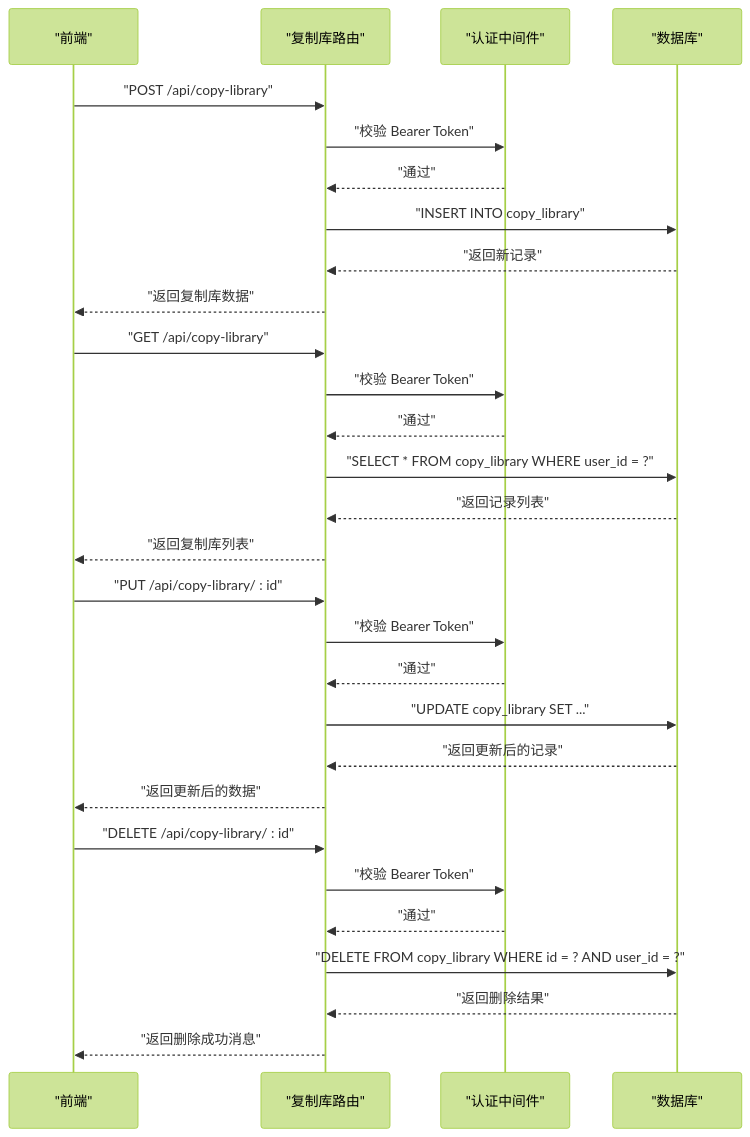
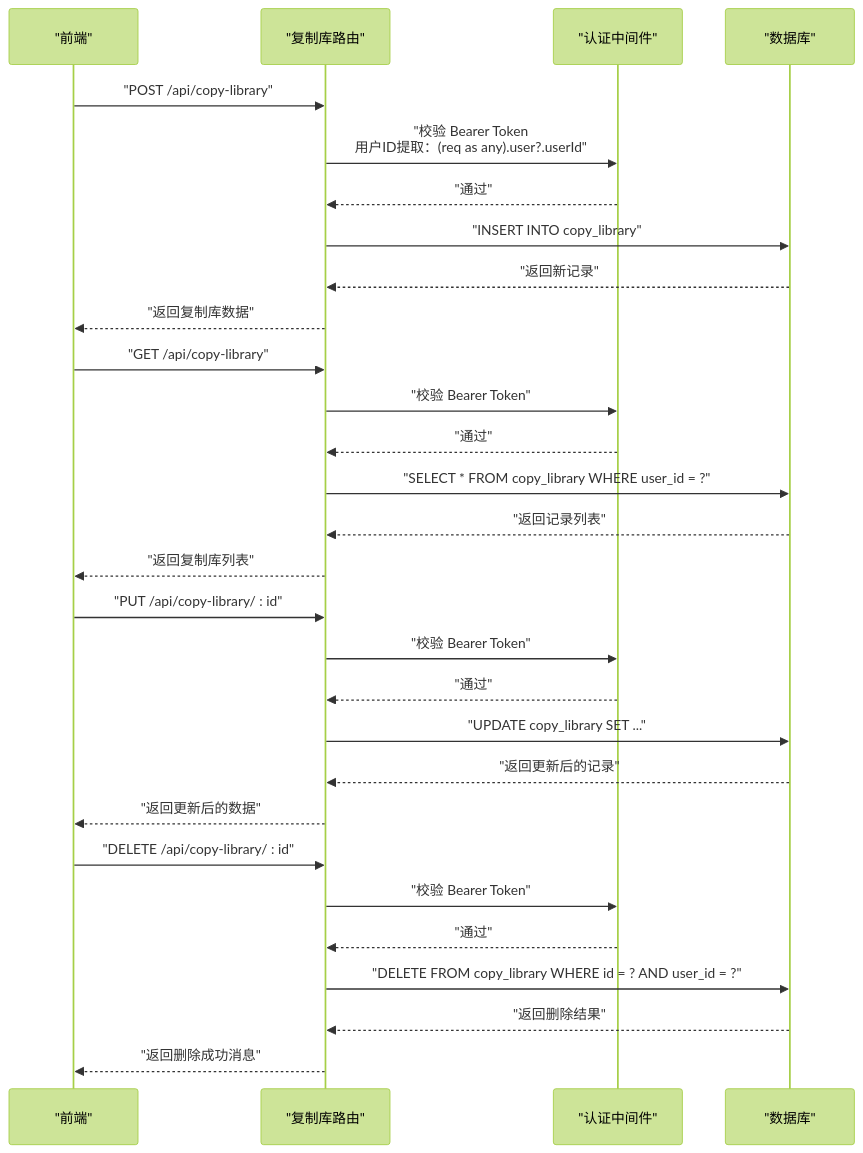
The seventh of 9 diagrams in .qoder/repowiki/zh/content/API 接口文档/API 接口文档.md (hanksd769-droid/sailshub), drawn with Mermaid (forest theme) before and after one commit. The commit also changed other lines of this file and 4 other files, not shown here.

````diff
--- a/.qoder/repowiki/zh/content/API 接口文档/API 接口文档.md
+++ b/.qoder/repowiki/zh/content/API 接口文档/API 接口文档.md
@@ -442,31 +443,31 @@
 ```mermaid
 sequenceDiagram
 participant FE as "前端"
 participant CL as "复制库路由"
 participant A as "认证中间件"
 participant DB as "数据库"
 FE->>CL : "POST /api/copy-library"
-CL->>A : "校验 Bearer Token"
+CL->>A : "校验 Bearer Token<br/>用户ID提取：(req as any).user?.userId"
 A-->>CL : "通过"
 CL->>DB : "INSERT INTO copy_library"
 DB-->>CL : "返回新记录"
 CL-->>FE : "返回复制库数据"
 FE->>CL : "GET /api/copy-library"
 CL->>A : "校验 Bearer Token"
 A-->>CL : "通过"
 CL->>DB : "SELECT * FROM copy_library WHERE user_id = ?"
 DB-->>CL : "返回记录列表"
 CL-->>FE : "返回复制库列表"
 FE->>CL : "PUT /api/copy-library/ : id"
 CL->>A : "校验 Bearer Token"
 A-->>CL : "通过"
 CL->>DB : "UPDATE copy_library SET ..."
 DB-->>CL : "返回更新后的记录"
 CL-->>FE : "返回更新后的数据"
 FE->>CL : "DELETE /api/copy-library/ : id"
 CL->>A : "校验 Bearer Token"
 A-->>CL : "通过"
 CL->>DB : "DELETE FROM copy_library WHERE id = ? AND user_id = ?"
 DB-->>CL : "返回删除结果"
 CL-->>FE : "返回删除成功消息"
 ```
````
